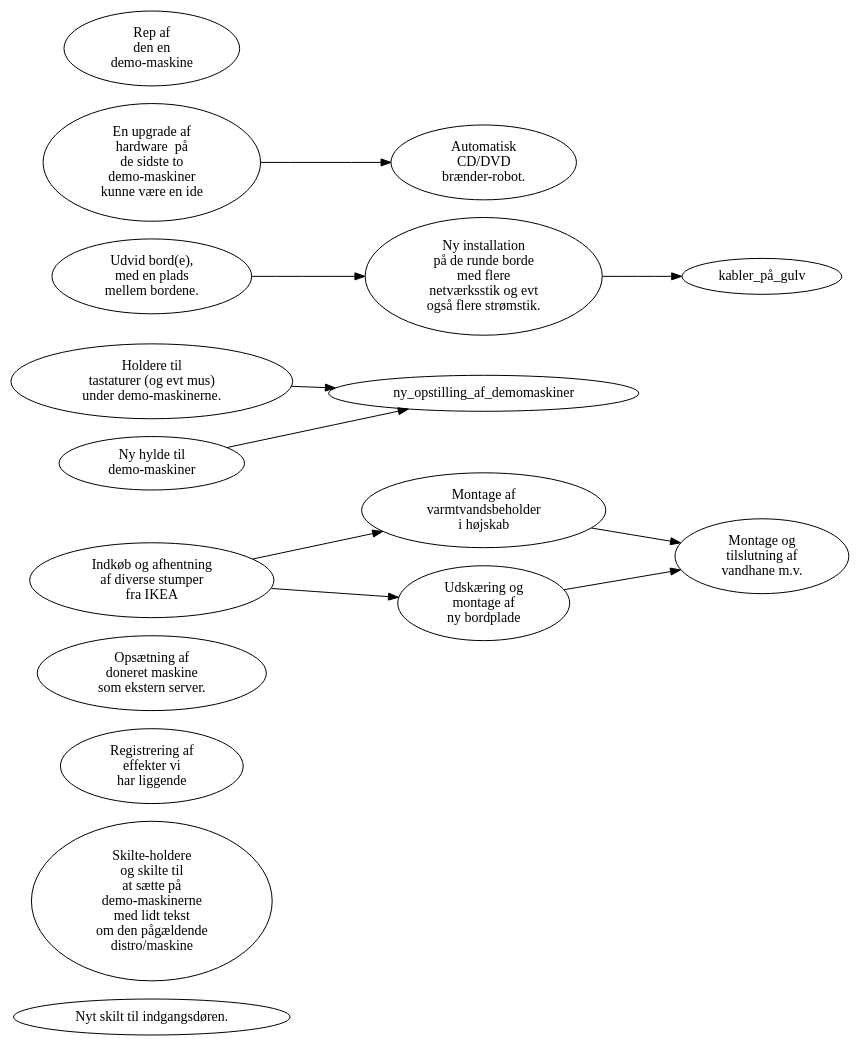
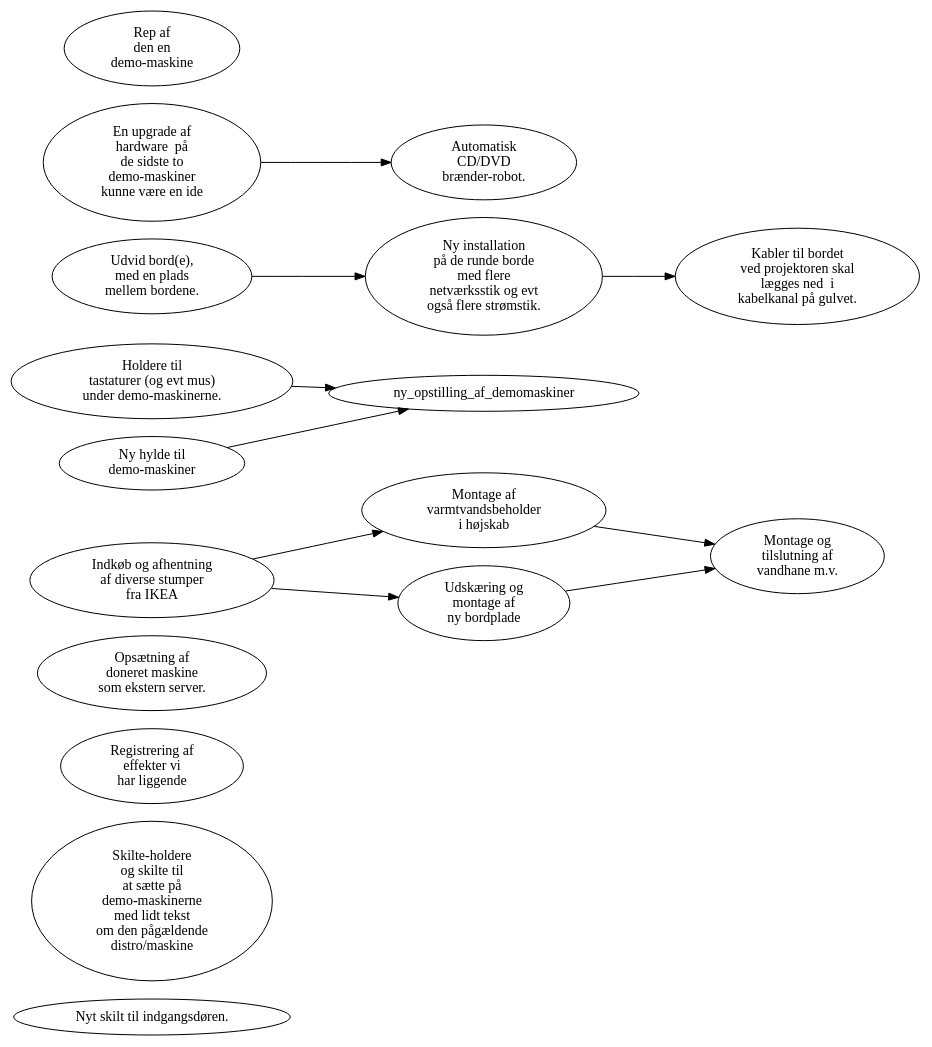
The diagram in faq/todo.dot (alslug/alslug.dk), drawn with Graphviz before and after one commit.

```diff
--- a/faq/todo.dot
+++ b/faq/todo.dot
@@ -1,27 +1,27 @@
 digraph xxx {
     rankdir=LR;
     nyt_dørskilt [ label="Nyt skilt til indgangsdøren." ];
     skilteholdere [ label="Skilte-holdere \n og skilte til \n at sætte på \n demo-maskinerne \n med lidt tekst \n om den pågældende \n distro/maskine" ];
     registerer_udstyr [ label="Registrering af \n effekter vi \n har liggende" ];
     ny_bootserver [ label="Opsætning af \n doneret maskine \n som ekstern server." ];
     
     indkøb_hos_ikea [ label="Indkøb og afhentning \n af diverse stumper \n fra IKEA" ];
     montage_af_varmtvandsbeholder [ label="Montage af \n varmtvandsbeholder \n i højskab" ];
     montage_af_ny_bordplade [ label="Udskæring og \n montage af \n ny bordplade" ];
     montage_og_tilslutning_af_vandhane_mv [ label="Montage og \n tilslutning af \n vandhane m.v." ];
     indkøb_hos_ikea -> {montage_af_varmtvandsbeholder,montage_af_ny_bordplade} -> montage_og_tilslutning_af_vandhane_mv;
 
     lav_keyboard_holdere [ label="Holdere til \n tastaturer (og evt mus) \n under demo-maskinerne." ];
     hylde_til_demomaskiner [ label="Ny hylde til \n demo-maskiner" ];
     {lav_keyboard_holdere,hylde_til_demomaskiner} -> ny_opstilling_af_demomaskiner;
 
     udvid_borde [ label="Udvid bord(e), \n med en plads \n mellem bordene." ];
     bord_instalationer [ label="Ny installation \n på de runde borde \n med flere \n netværksstik og evt \n også flere strømstik." ];
-    kabler_på_gulv [ labek="Kabler til bordet \n ved projektoren skal \n lægges ned  i \n kabelkanal på gulvet." ];
+    kabler_på_gulv [ label="Kabler til bordet \n ved projektoren skal \n lægges ned  i \n kabelkanal på gulvet." ];
     udvid_borde -> bord_instalationer -> kabler_på_gulv;
 
     upgrade_demomaskiner [ label="En upgrade af \n hardware  på \n de sidste to \n demo-maskiner \n kunne være en ide" ];
     rep_af_demomaskine [ label="Rep af \n den en \n demo-maskine" ];
     cd_brænder [ label="Automatisk \n CD/DVD \n brænder-robot." ];
     upgrade_demomaskiner -> cd_brænder;
 }
```
